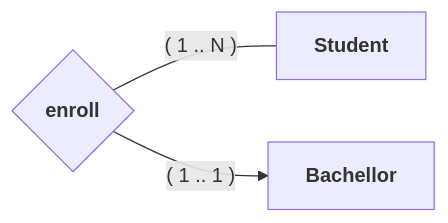
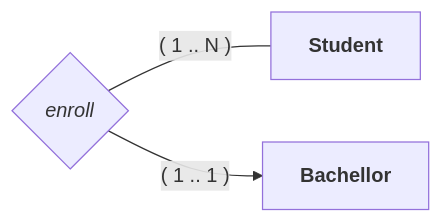
One commit to angelromarco04/MyNotes changed the second of 7 diagrams in Programming/Databases/data/Theory/RModel.md. Above: the diagram before and after it, drawn with Mermaid. The commit also changed other lines of this file, not shown here.

````diff
--- a/Programming/Databases/data/Theory/RModel.md
+++ b/Programming/Databases/data/Theory/RModel.md
@@ -64,9 +64,9 @@
 ```mermaid
 flowchart LR
 	id2 -- ( 1 .. N ) --- id1
 	id2 -- ( 1 .. 1 ) --> id3
 
 	id1["`**Student**`"]
-	id2{"`**enroll**`"}
+	id2{"`*enroll*`"}
 	id3["`**Bachellor**`"]
 ```
````
